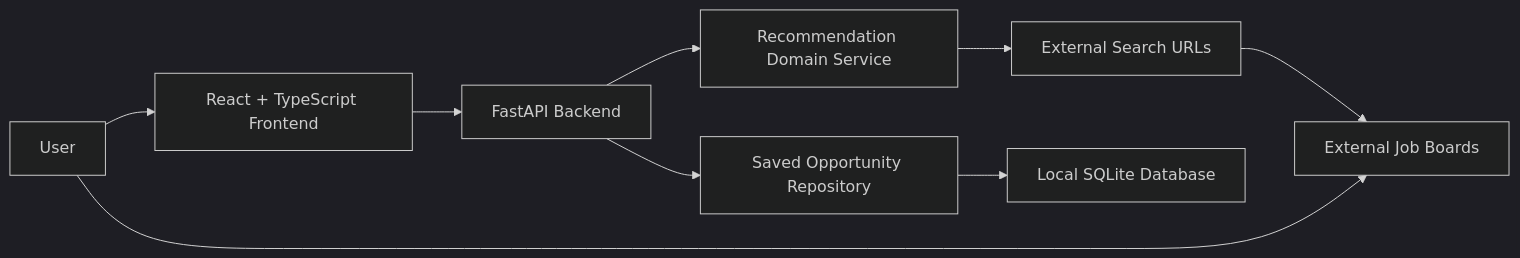
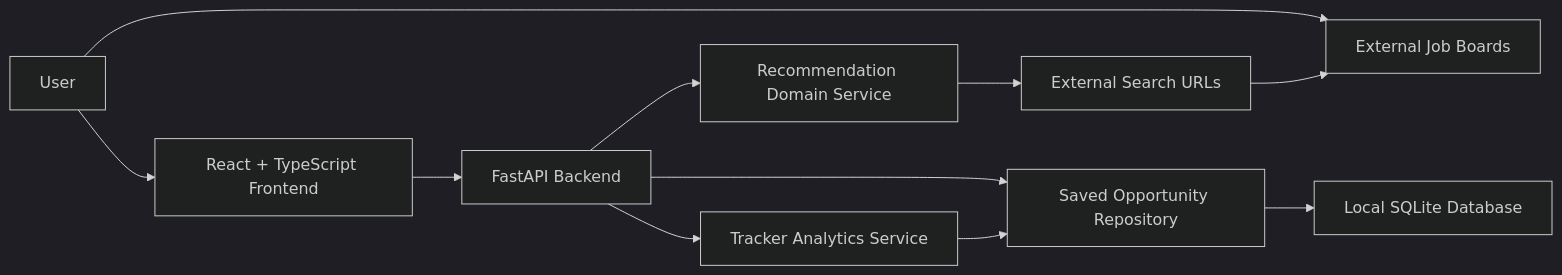
The first of 4 diagrams in docs/SYSTEM_ARCHITECTURE.md (Justindwinata/JobTrackr), drawn with Mermaid (dark theme) before and after one commit. The commit also changed other lines of this file and 4 other files, not shown here.

````diff
--- a/docs/SYSTEM_ARCHITECTURE.md
+++ b/docs/SYSTEM_ARCHITECTURE.md
@@ -7,11 +7,13 @@
 ```mermaid
 flowchart LR
     User["User"] --> Frontend["React + TypeScript Frontend"]
     Frontend --> API["FastAPI Backend"]
     API --> Domain["Recommendation Domain Service"]
     API --> Repo["Saved Opportunity Repository"]
+    API --> Tracker["Tracker Analytics Service"]
     Repo --> SQLite["Local SQLite Database"]
+    Tracker --> Repo
     Domain --> Links["External Search URLs"]
     User --> Boards["External Job Boards"]
     Links --> Boards
 ```
````
